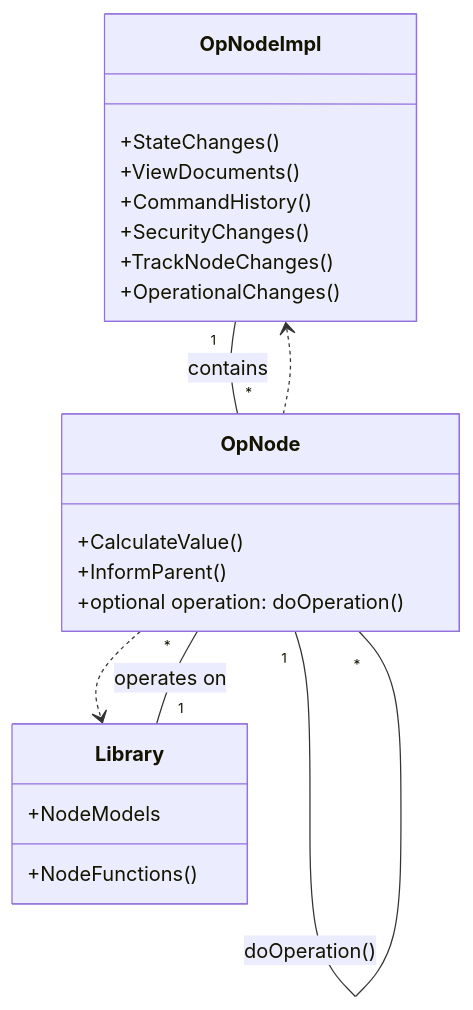
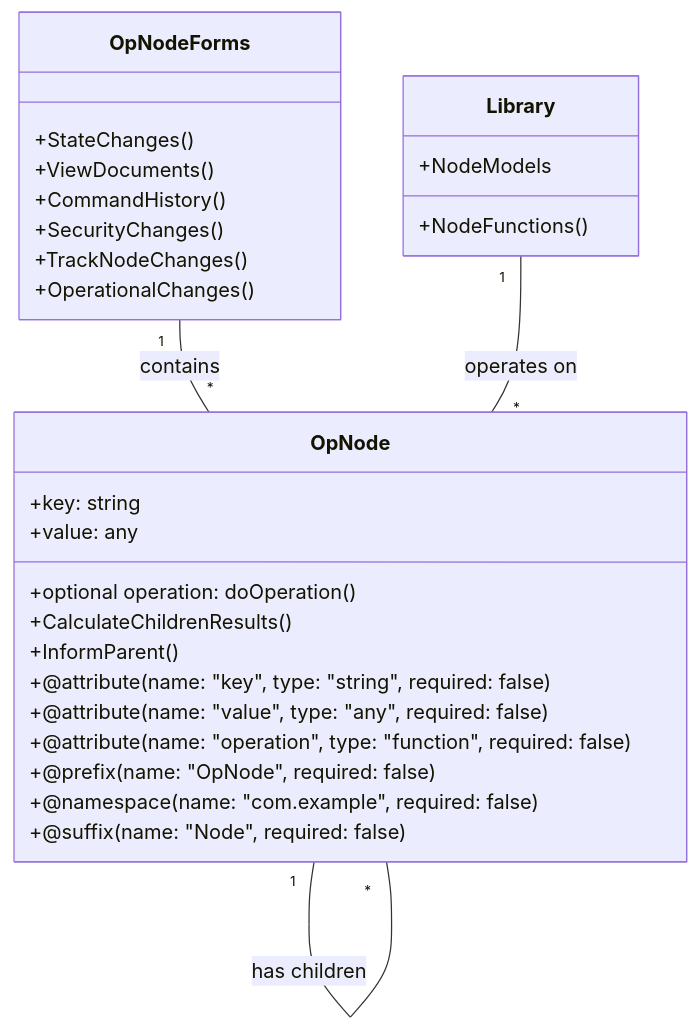
One commit to UserLevelUp/OpNode changed the diagram in README.md. Above: the diagram before and after it, drawn with Mermaid.

````diff
--- a/README.md
+++ b/README.md
@@ -9,26 +9,34 @@
 ```mermaid
 classDiagram
-    class OpNodeImpl{
+    class OpNodeForms{
         +StateChanges()
         +ViewDocuments()
         +CommandHistory()
         +SecurityChanges()
         +TrackNodeChanges()
         +OperationalChanges()
     }
     class OpNode{
-        +CalculateValue()
+        +key: string
+        +value: any
+        +optional operation: doOperation()
+        +CalculateChildrenResults()
         +InformParent()
-        +optional operation: doOperation()
+        +@attribute(name: "key", type: "string", required: false)
+        +@attribute(name: "value", type: "any", required: false)
+        +@attribute(name: "operation", type: "function", required: false)
+        +@prefix(name: "OpNode", required: false)
+        +@namespace(name: "com.example", required: false)
+        +@suffix(name: "Node", required: false)
     }
     class Library{
         +NodeModels
         +NodeFunctions()
     }
-    OpNodeImpl "1" -- "*" OpNode: contains
+    OpNodeForms "1" -- "*" OpNode: contains
     Library "1" -- "*" OpNode: operates on
+    OpNode "1" -- "*" OpNode: doOperation()
+    OpNode "1" -- "*" OpNode: CalculateChildrenResults()
+    OpNode "1" -- "*" OpNode: InformParent()
     OpNode "1" -- "*" OpNode: has children
-    OpNode ..> OpNodeImpl
-    OpNode ..> Library
-    OpNode "1" -- "*" OpNode: doOperation()
 ```
````
